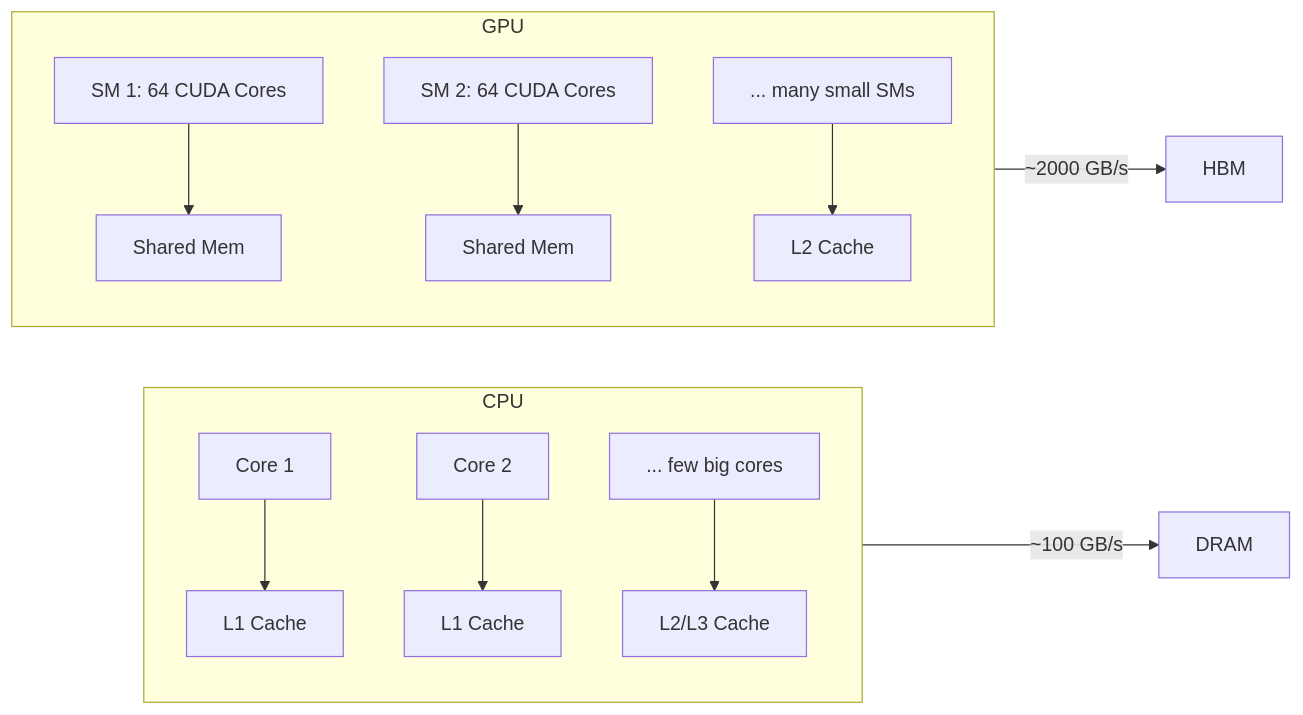
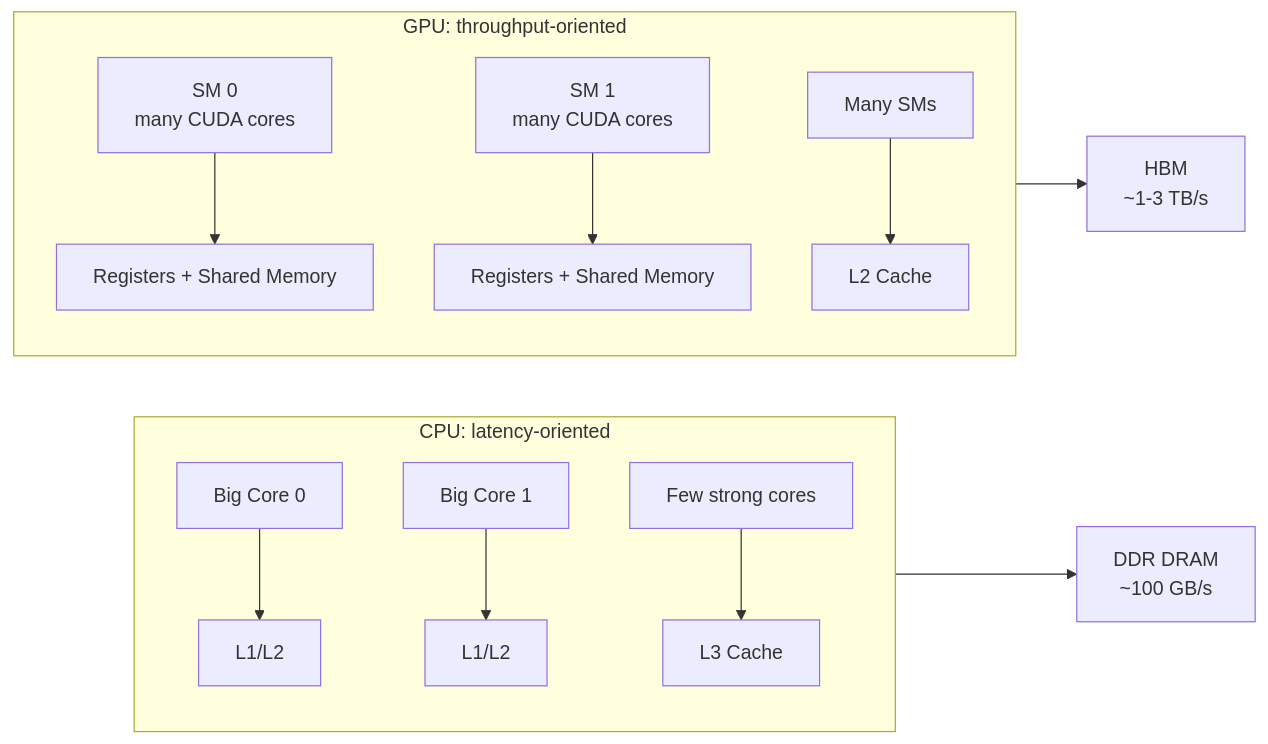
Before and after one commit to JuShuai-gif/cuda_pytorch: the first of 5 diagrams in attention-optimization/notes/chapter_02.md, drawn with Mermaid. The commit also changed other lines of this file and 98 other files, not shown here.

````diff
--- a/attention-optimization/notes/chapter_02.md
+++ b/attention-optimization/notes/chapter_02.md
@@ -7,17 +9,17 @@
 ```mermaid
 graph LR
-    subgraph CPU
-        C1[Core 1] --> Cache1[L1 Cache]
-        C2[Core 2] --> Cache2[L1 Cache]
-        C3["... few big cores"] --> Cache3["L2/L3 Cache"]
+    subgraph CPU[CPU: latency-oriented]
+        C1[Big Core 0] --> L1A[L1/L2]
+        C2[Big Core 1] --> L1B[L1/L2]
+        C3[Few strong cores] --> LLC[L3 Cache]
     end
 
-    subgraph GPU
-        SM1[SM 1: 64 CUDA Cores] --> SMEM1[Shared Mem]
-        SM2[SM 2: 64 CUDA Cores] --> SMEM2[Shared Mem]
-        SM3["... many small SMs"] --> L2[L2 Cache]
+    subgraph GPU[GPU: throughput-oriented]
+        SM0[SM 0<br/>many CUDA cores] --> S0[Registers + Shared Memory]
+        SM1[SM 1<br/>many CUDA cores] --> S1[Registers + Shared Memory]
+        SMN[Many SMs] --> L2[L2 Cache]
     end
 
-    CPU -->|"~100 GB/s"| DRAM[DRAM]
-    GPU -->|"~2000 GB/s"| HBM[HBM]
+    CPU --> DRAM[DDR DRAM<br/>~100 GB/s]
+    GPU --> HBM[HBM<br/>~1-3 TB/s]
 ```
````
